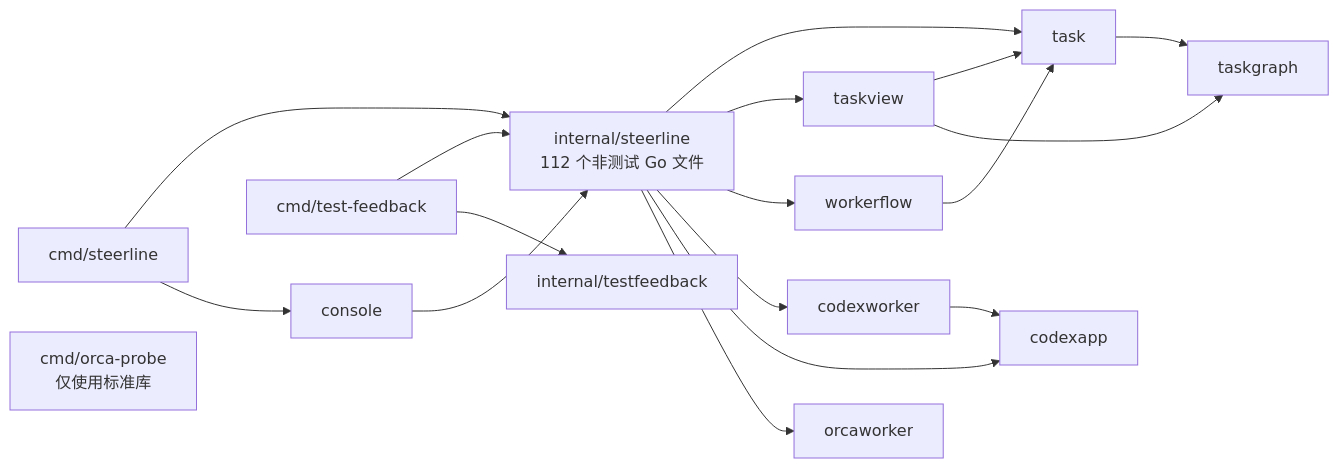
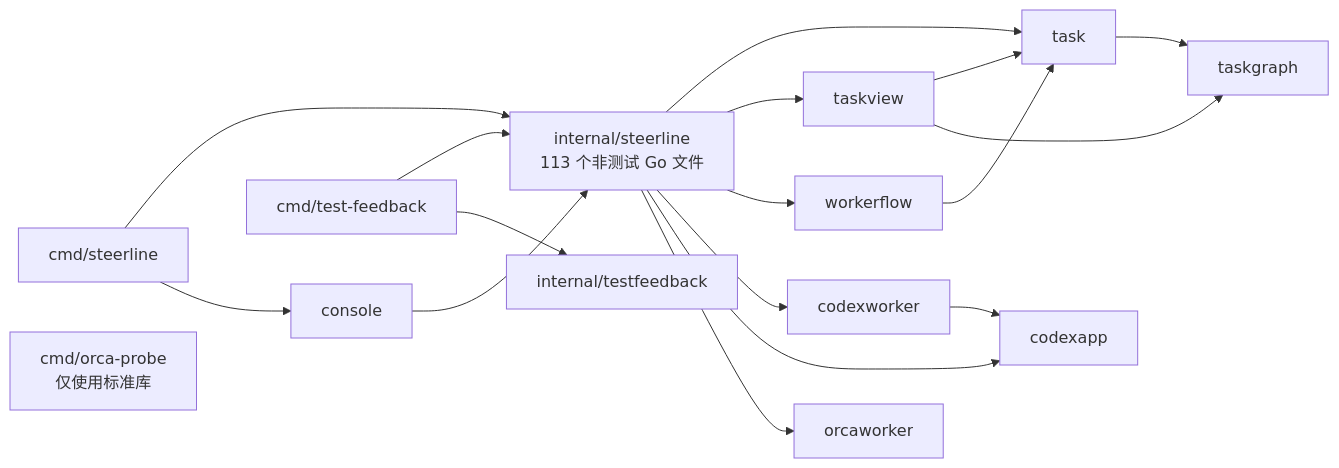
One commit to erranliu/SteerLine changed the second of 7 diagrams in docs/architecture/current-code-architecture.md. Above: the diagram before and after it, drawn with Mermaid. The commit also changed other lines of this file and 13 other files, not shown here.

````diff
--- a/docs/architecture/current-code-architecture.md
+++ b/docs/architecture/current-code-architecture.md
@@ -70,22 +70,22 @@
 ```mermaid
 flowchart LR
-    CLI["cmd/steerline"] --> Core["internal/steerline<br/>112 个非测试 Go 文件"]
+    CLI["cmd/steerline"] --> Core["internal/steerline<br/>113 个非测试 Go 文件"]
     CLI --> Console["console"]
     Console --> Core
 
     Core --> Task["task"]
     Core --> TaskView["taskview"]
     Core --> Flow["workerflow"]
     Core --> CW["codexworker"]
     Core --> CA["codexapp"]
     Core --> OW["orcaworker"]
     Task --> Graph["taskgraph"]
     TaskView --> Task
     TaskView --> Graph
     Flow --> Task
     CW --> CA
 
     Feedback["cmd/test-feedback"] --> Core
     Feedback --> Summary["internal/testfeedback"]
     Probe["cmd/orca-probe<br/>仅使用标准库"]
 ```
````
